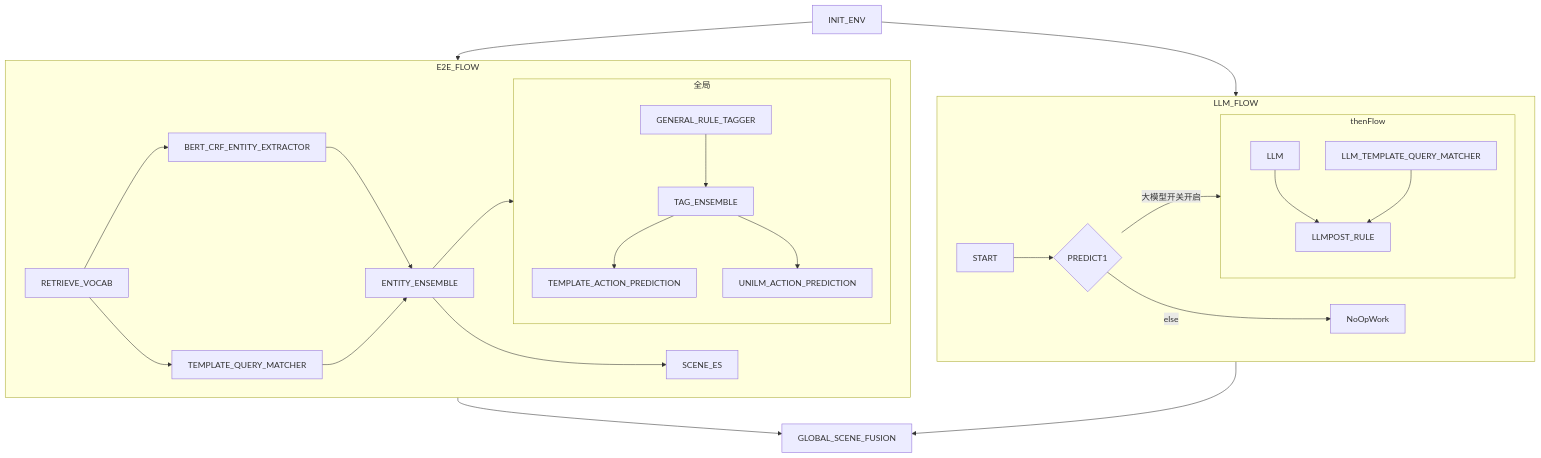
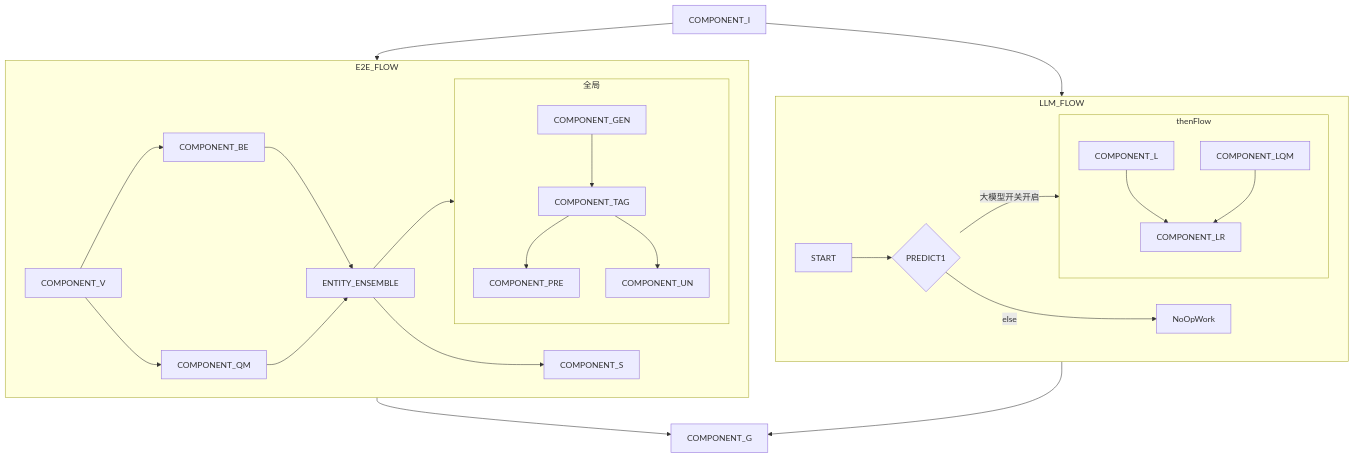
Before and after one commit to tenderne13/hello-easy-flow-bpmn: the tenth of 10 diagrams in README.md, drawn with Mermaid. The commit also changed other lines of this file and 3 other files, not shown here.

````diff
--- a/README.md
+++ b/README.md
@@ -578,36 +579,36 @@
 ```mermaid
 flowchart TD
     subgraph E2E_FLOW
-        RETRIEVE_VOCAB --> BERT_CRF_ENTITY_EXTRACTOR
-        RETRIEVE_VOCAB --> TEMPLATE_QUERY_MATCHER
-        BERT_CRF_ENTITY_EXTRACTOR --> ENTITY_ENSEMBLE
-        TEMPLATE_QUERY_MATCHER --> ENTITY_ENSEMBLE
+        COMPONENT_V --> COMPONENT_BE
+        COMPONENT_V --> COMPONENT_QM
+        COMPONENT_BE --> ENTITY_ENSEMBLE
+        COMPONENT_QM --> ENTITY_ENSEMBLE
 
         subgraph "全局"
             direction TB
-            GENERAL_RULE_TAGGER --> TAG_ENSEMBLE
-            TAG_ENSEMBLE --> TEMPLATE_ACTION_PREDICTION
-            TAG_ENSEMBLE --> UNILM_ACTION_PREDICTION
+            COMPONENT_GEN --> COMPONENT_TAG
+            COMPONENT_TAG --> COMPONENT_PRE
+            COMPONENT_TAG --> COMPONENT_UN
         end
 
         ENTITY_ENSEMBLE --> 全局
-        ENTITY_ENSEMBLE --> SCENE_ES
+        ENTITY_ENSEMBLE --> COMPONENT_S
     end
 
     subgraph LLM_FLOW
         START --> PREDICT1{PREDICT1}
         PREDICT1 -- 大模型开关开启 --> thenFlow
         PREDICT1 -- else --> NoOpWork
 
         subgraph thenFlow
             direction TB
-            LLM --> LLMPOST_RULE
-            LLM_TEMPLATE_QUERY_MATCHER --> LLMPOST_RULE
+            COMPONENT_L --> COMPONENT_LR
+            COMPONENT_LQM --> COMPONENT_LR
         end
     end
 
-    INIT_ENV --> LLM_FLOW
-    INIT_ENV --> E2E_FLOW
-    E2E_FLOW --> GLOBAL_SCENE_FUSION
-    LLM_FLOW --> GLOBAL_SCENE_FUSION
+    COMPONENT_I --> LLM_FLOW
+    COMPONENT_I --> E2E_FLOW
+    E2E_FLOW --> COMPONENT_G
+    LLM_FLOW --> COMPONENT_G
 ```
````
